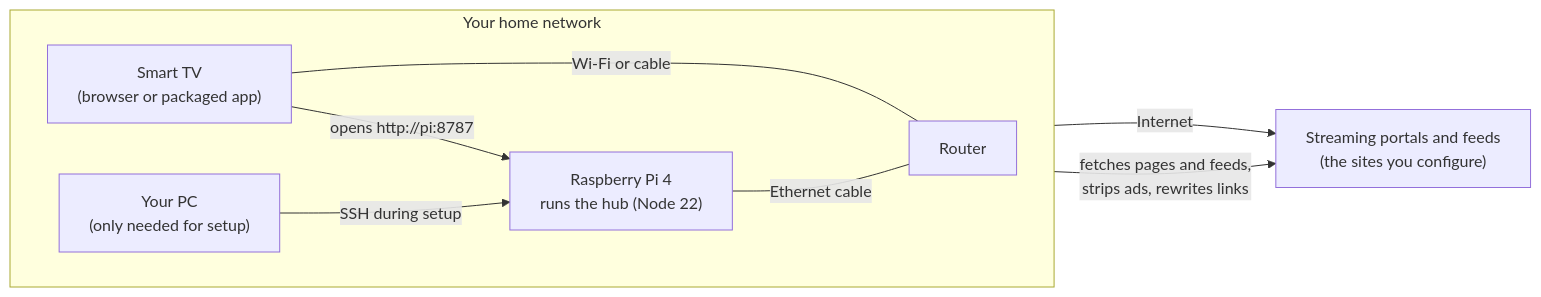
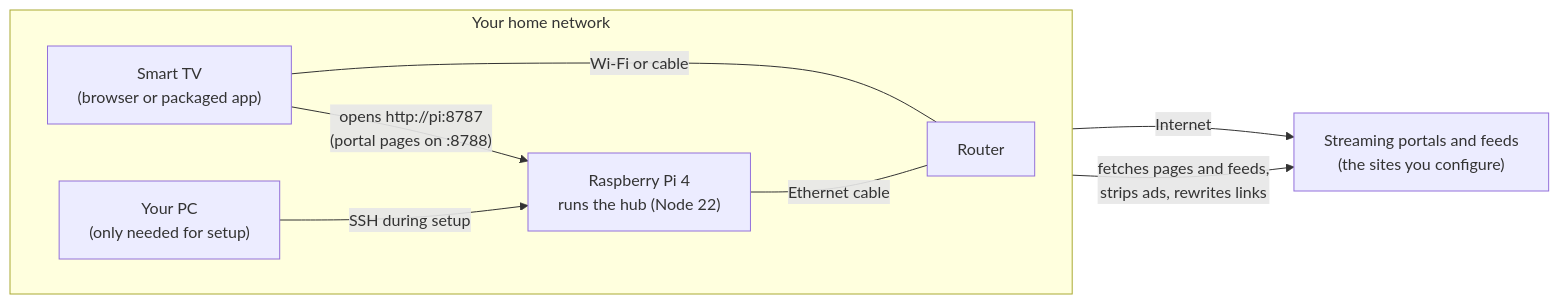
One commit to jamesbobdev-gif/mediahub changed the first of 2 diagrams in docs/SETUP.md. Above: the diagram before and after it, drawn with Mermaid. The commit also changed other lines of this file and 11 other files, not shown here.

First line of the commit message:
Origin isolation for portal pages, message bridge, HLS/DASH playlist rewriting

````diff
--- a/docs/SETUP.md
+++ b/docs/SETUP.md
@@ -8,19 +8,19 @@
 ```mermaid
 flowchart LR
     subgraph Home["Your home network"]
         direction LR
         TV["Smart TV<br/>(browser or packaged app)"]
         Router["Router"]
         Pi["Raspberry Pi 4<br/>runs the hub (Node 22)"]
         PC["Your PC<br/>(only needed for setup)"]
     end
     Sources["Streaming portals and feeds<br/>(the sites you configure)"]
 
     TV -- "Wi-Fi or cable" --- Router
     Pi -- "Ethernet cable" --- Router
     PC -- "SSH during setup" --> Pi
     Router -- "Internet" --> Sources
 
-    TV -- "opens http://pi:8787" --> Pi
+    TV -- "opens http://pi:8787<br/>(portal pages on :8788)" --> Pi
     Pi -- "fetches pages and feeds,<br/>strips ads, rewrites links" --> Sources
 ```
````
